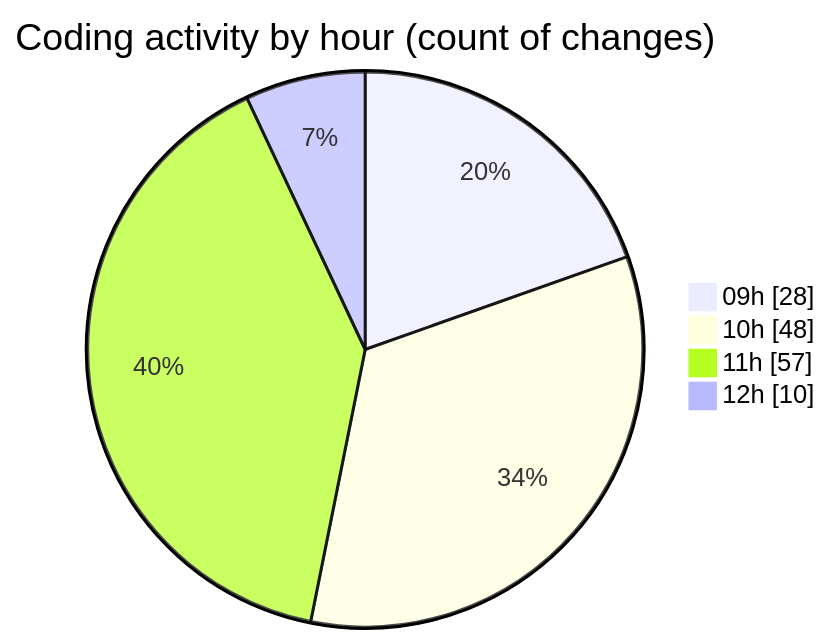
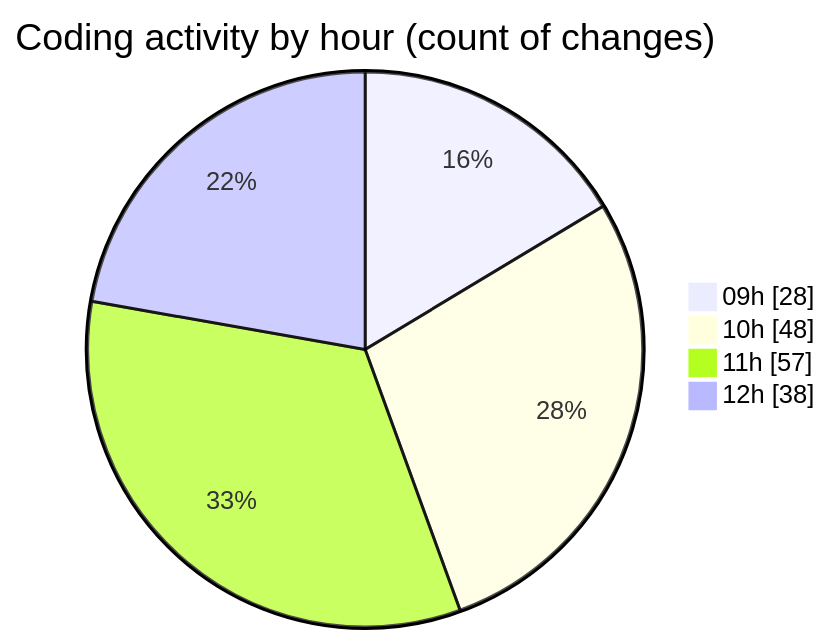
One commit to momahboobian/code-tracking changed the second of 2 diagrams in 2026-07-30/cda/README.md. Above: the diagram before and after it, drawn with Mermaid. The commit also changed other lines of this file and 1 other file, not shown here.

````diff
--- a/2026-07-30/cda/README.md
+++ b/2026-07-30/cda/README.md
@@ -66,8 +66,8 @@
 ```mermaid
 pie showData
 title Coding activity by hour (count of changes)
 "09h" : 28
 "10h" : 48
 "11h" : 57
-"12h" : 10
+"12h" : 38
 ```
````
